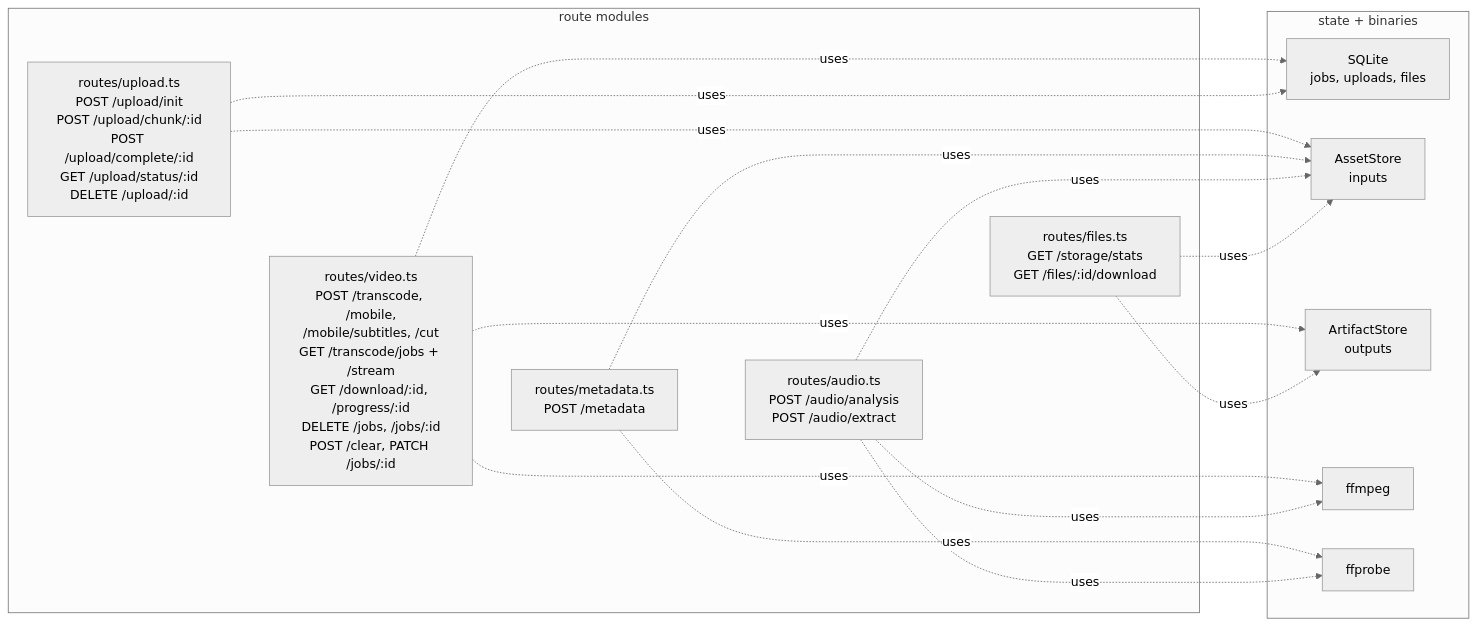
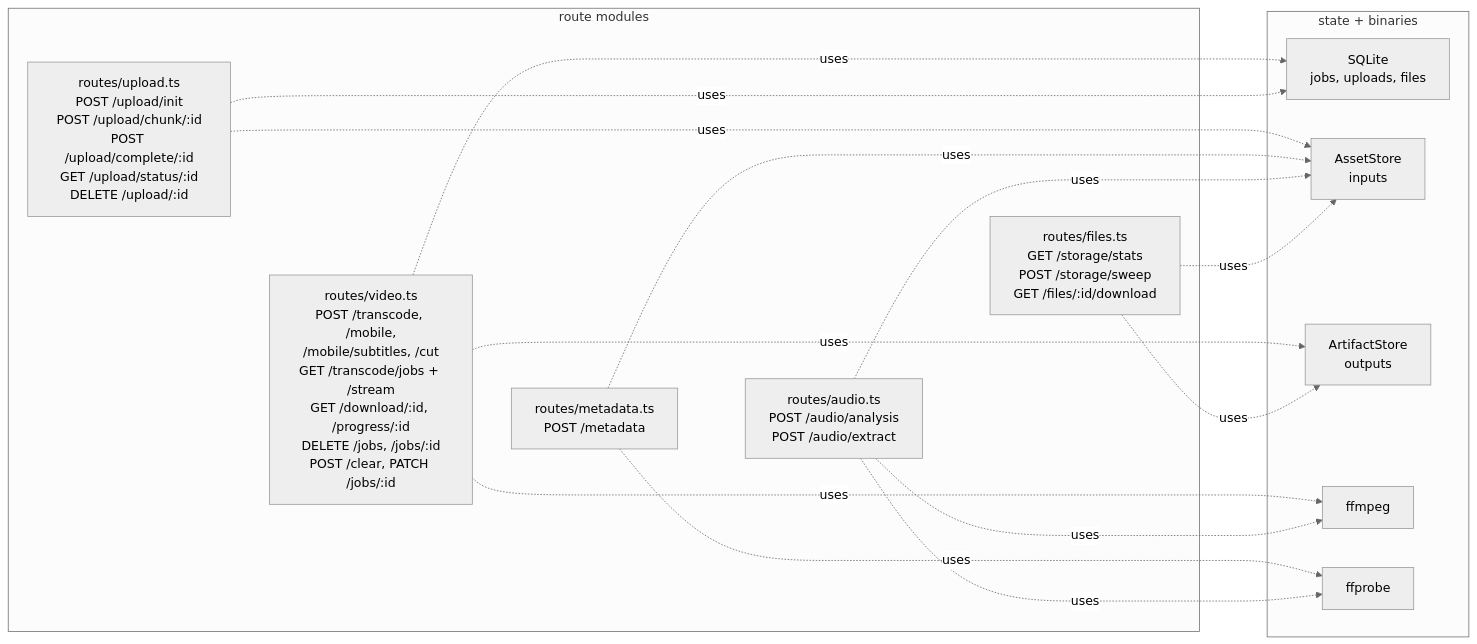
Before and after one commit to Iipal/ffmpego_editor: the second of 6 diagrams in apps/api/README.md, drawn with Mermaid (neutral theme). The commit also changed other lines of this file and 10 other files, not shown here.

Commit message:
feat(admin): storage/quota dashboard via GET /storage/stats + sweep

````diff
--- a/apps/api/README.md
+++ b/apps/api/README.md
@@ -38,26 +38,26 @@
 ```mermaid
 flowchart LR
     subgraph Modules["route modules"]
         U["routes/upload.ts<br/>POST /upload/init<br/>POST /upload/chunk/:id<br/>POST /upload/complete/:id<br/>GET /upload/status/:id<br/>DELETE /upload/:id"]
         V["routes/video.ts<br/>POST /transcode, /mobile,<br/>/mobile/subtitles, /cut<br/>GET /transcode/jobs + /stream<br/>GET /download/:id, /progress/:id<br/>DELETE /jobs, /jobs/:id<br/>POST /clear, PATCH /jobs/:id"]
         MD["routes/metadata.ts<br/>POST /metadata"]
         AU["routes/audio.ts<br/>POST /audio/analysis<br/>POST /audio/extract"]
-        F["routes/files.ts<br/>GET /storage/stats<br/>GET /files/:id/download"]
+        F["routes/files.ts<br/>GET /storage/stats<br/>POST /storage/sweep<br/>GET /files/:id/download"]
     end
 
     U ~~~ V ~~~ MD ~~~ AU ~~~ F
 
     subgraph State["state + binaries"]
         DB["SQLite<br/>jobs, uploads, files"]
         AS["AssetStore<br/>inputs"]
         AR["ArtifactStore<br/>outputs"]
         FF["ffmpeg"]
         FP["ffprobe"]
     end
 
     V -. uses .-> DB & AR & FF
     U -. uses .-> DB & AS
     MD -. uses .-> FP & AS
     AU -. uses .-> FF & FP & AS
     F -. uses .-> AS & AR
 ```
````
